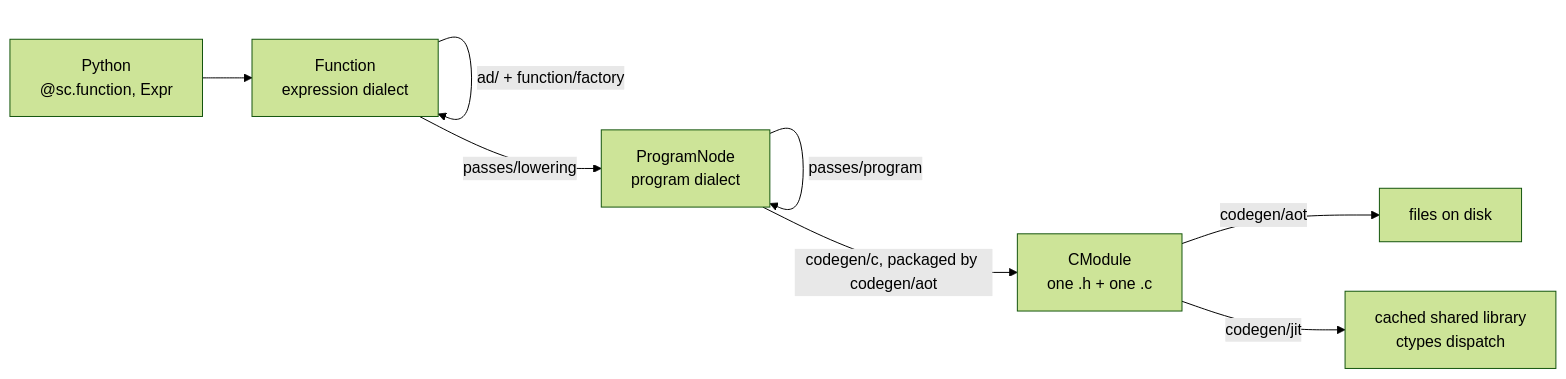
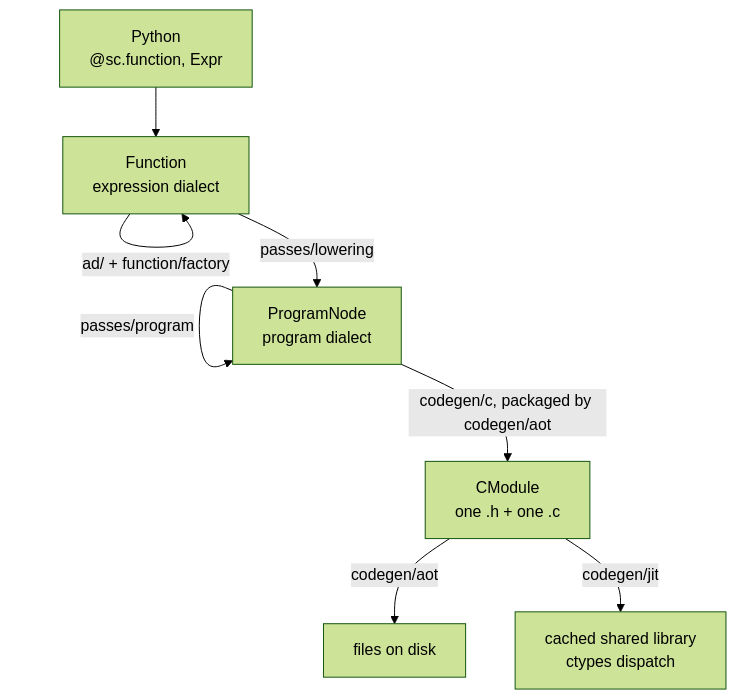
One commit to PREDICT-EPFL/scaly changed the diagram in docs/how_it_works/architecture.md. Above: the diagram before and after it, drawn with Mermaid (forest theme). The commit also changed other lines of this file and 21 other files, not shown here.

````diff
--- a/docs/how_it_works/architecture.md
+++ b/docs/how_it_works/architecture.md
@@ -31,10 +29,10 @@
 ```mermaid
-flowchart LR
+flowchart TB
   py["Python<br/>@sc.function, Expr"] --> fn["Function<br/>expression dialect"]
   fn -->|"ad/ + function/factory"| fn
   fn -->|"passes/lowering"| prog["ProgramNode<br/>program dialect"]
   prog -->|"passes/program"| prog
   prog -->|"codegen/c, packaged by codegen/aot"| cmod["CModule<br/>one .h + one .c"]
   cmod -->|"codegen/aot"| files["files on disk"]
   cmod -->|"codegen/jit"| so["cached shared library<br/>ctypes dispatch"]
 ```
````
